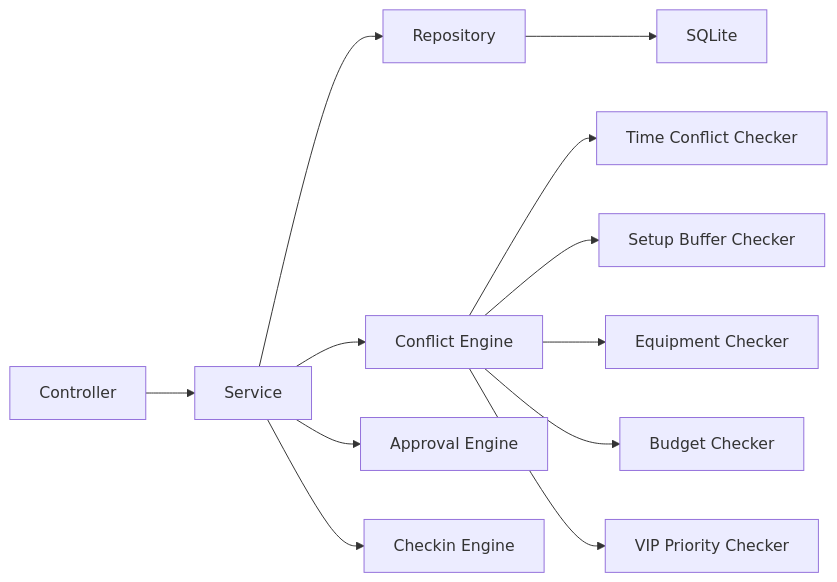
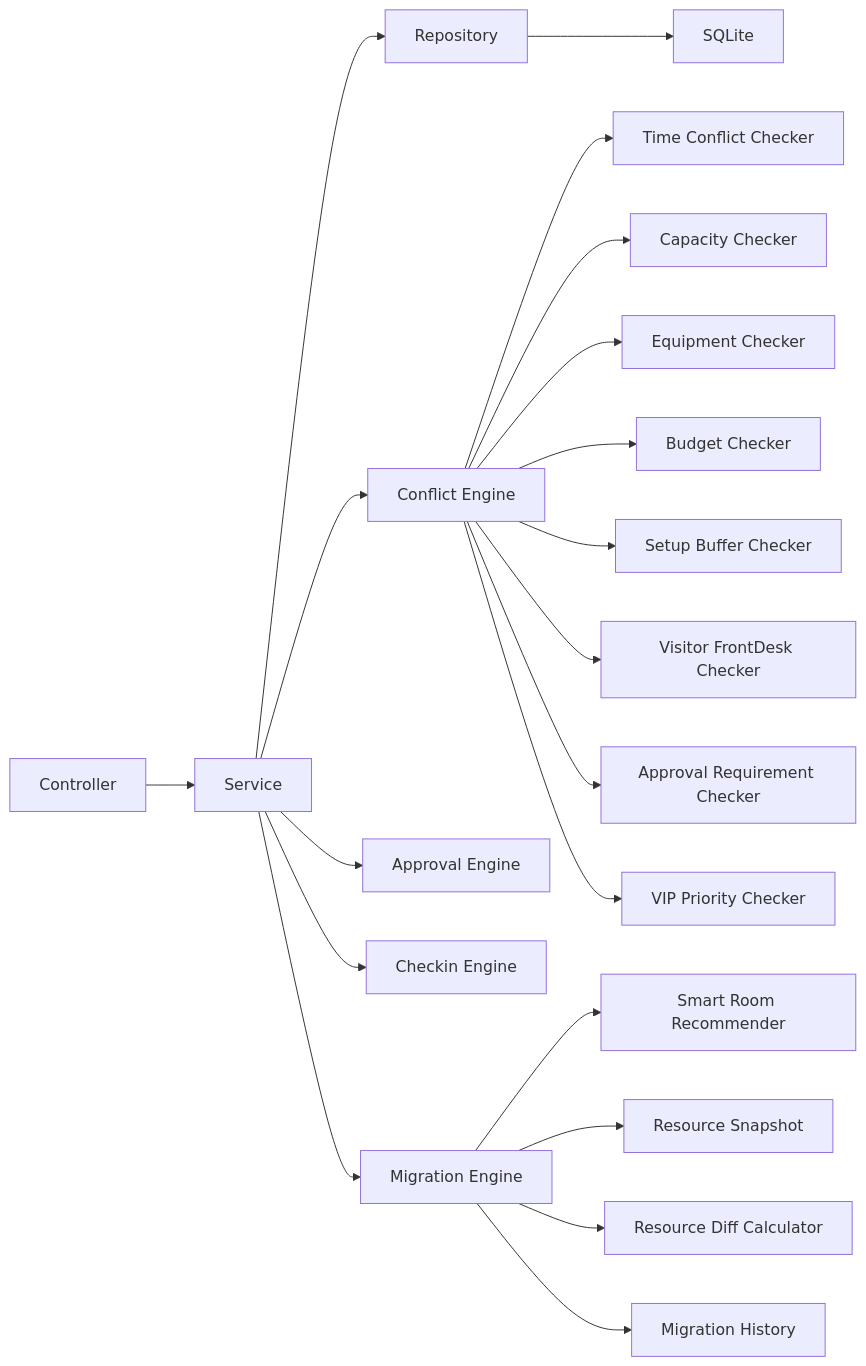
The second of 3 diagrams in .trae/documents/tech-architecture.md (wangSiraaa/wangxt-982-1), drawn with Mermaid before and after one commit. The commit also changed other lines of this file and 7 other files, not shown here.

````diff
--- a/.trae/documents/tech-architecture.md
+++ b/.trae/documents/tech-architecture.md
@@ -197,14 +276,22 @@
 ```mermaid
 graph LR
     A["Controller"] --> B["Service"]
     B --> C["Repository"]
     C --> D["SQLite"]
     B --> E["Conflict Engine"]
     B --> F["Approval Engine"]
     B --> G["Checkin Engine"]
-    E --> H["Time Conflict Checker"]
-    E --> I["Setup Buffer Checker"]
-    E --> J["Equipment Checker"]
-    E --> K["Budget Checker"]
-    E --> L["VIP Priority Checker"]
+    B --> H["Migration Engine"]
+    E --> E1["Time Conflict Checker"]
+    E --> E2["Capacity Checker"]
+    E --> E3["Equipment Checker"]
+    E --> E4["Budget Checker"]
+    E --> E5["Setup Buffer Checker"]
+    E --> E6["Visitor FrontDesk Checker"]
+    E --> E7["Approval Requirement Checker"]
+    E --> E8["VIP Priority Checker"]
+    H --> H1["Smart Room Recommender"]
+    H --> H2["Resource Snapshot"]
+    H --> H3["Resource Diff Calculator"]
+    H --> H4["Migration History"]
 ```
````
